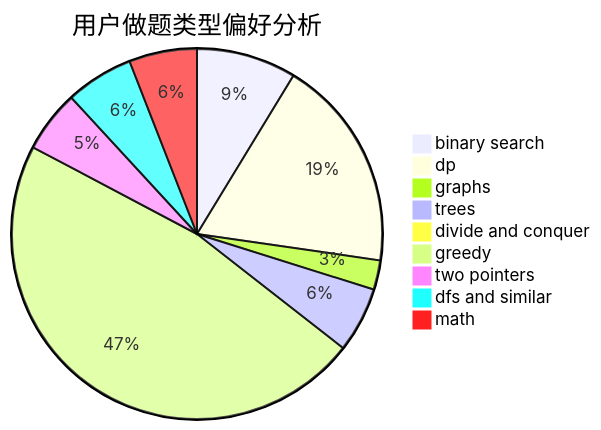
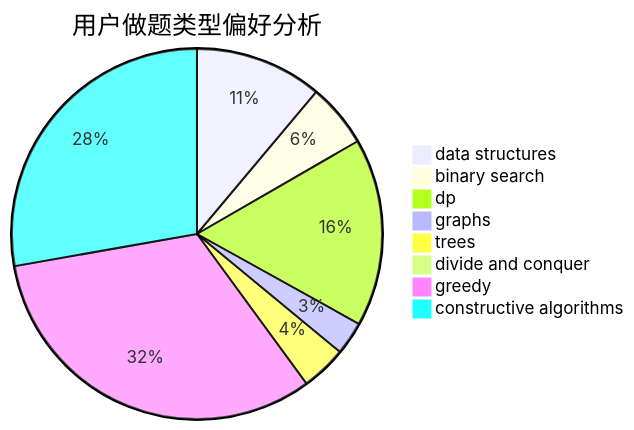
The second of 3 diagrams in docs/user/u2108.md (sherpahu/cfrs.github.io), drawn with Mermaid before and after one commit. The commit also changed other lines of this file and 2775 other files, not shown here.

````diff
--- a/docs/user/u2108.md
+++ b/docs/user/u2108.md
@@ -23,12 +23,11 @@
 ```mermaid
 pie title 用户做题类型偏好分析
-    "binary search" :  119
-    "dp" :  254
-    "graphs" :  35
-    "trees" :  78
-    "divide and conquer" :  1
-    "greedy" :  645
-    "two pointers" :  74
-    "dfs and similar" :  81
-    "math" :  81
+    "data structures" :  42
+    "binary search" :  21
+    "dp" :  62
+    "graphs" :  11
+    "trees" :  15
+    "divide and conquer" :  0
+    "greedy" :  122
+    "constructive algorithms" :  105
 ```
````
